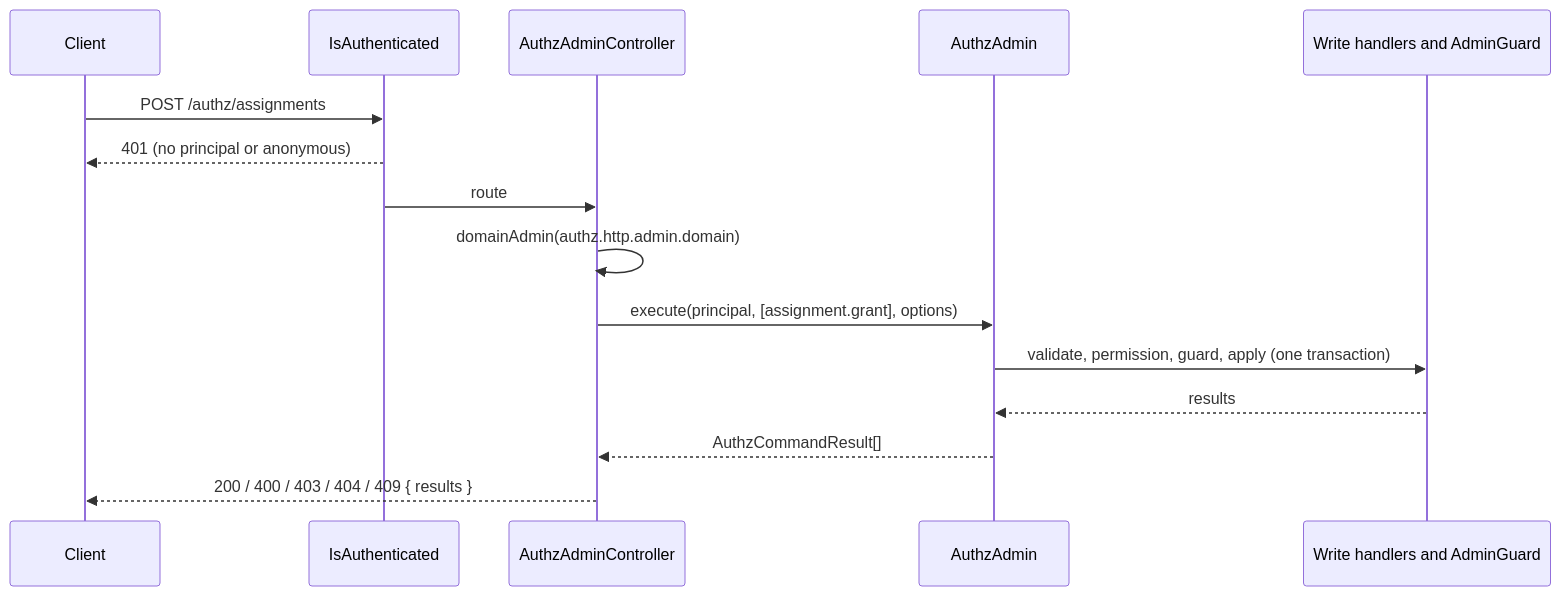
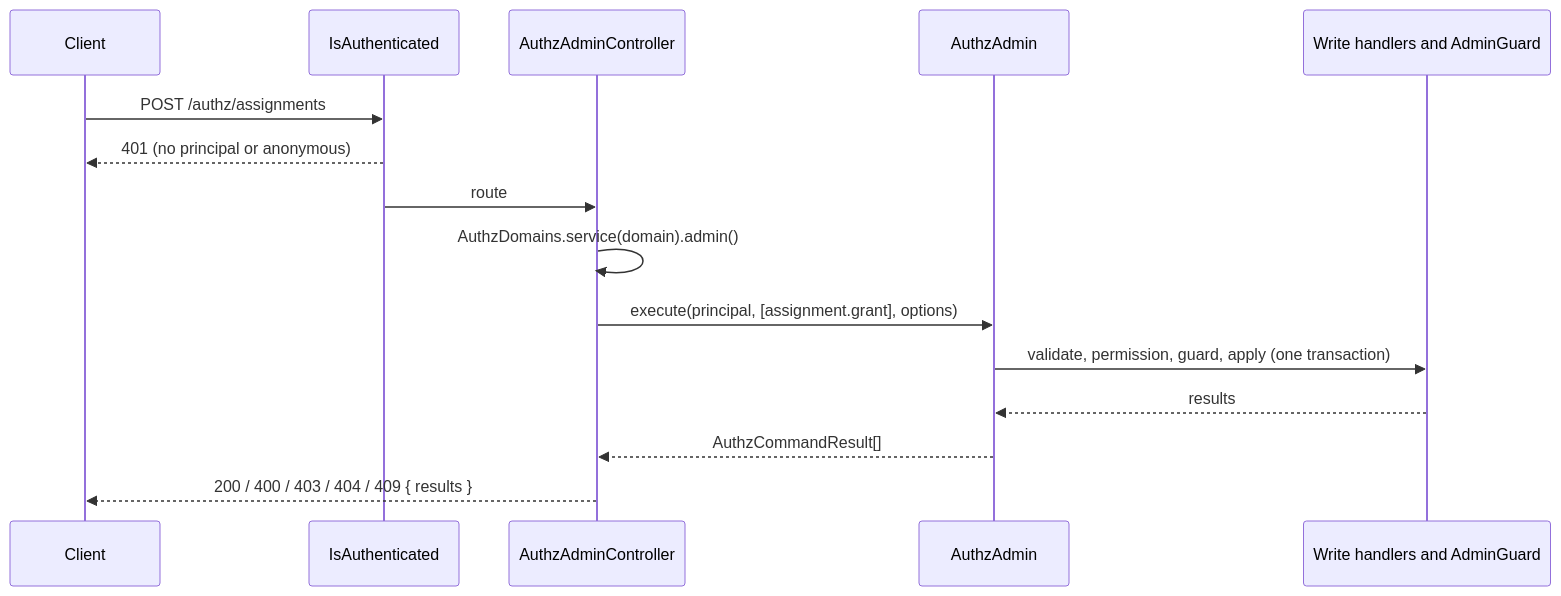
One commit to spinajs/main changed the diagram in docs/authz-http-admin/01-admin-routes.md. Above: the diagram before and after it, drawn with Mermaid. The commit also changed other lines of this file and 36 other files, not shown here.

````diff
--- a/docs/authz-http-admin/01-admin-routes.md
+++ b/docs/authz-http-admin/01-admin-routes.md
@@ -26,17 +26,17 @@
 ```mermaid
 sequenceDiagram
   participant C as Client
   participant P as IsAuthenticated
   participant R as AuthzAdminController
   participant A as AuthzAdmin
   participant H as Write handlers and AdminGuard
   C->>P: POST /authz/assignments
   P-->>C: 401 (no principal or anonymous)
   P->>R: route
-  R->>R: domainAdmin(authz.http.admin.domain)
+  R->>R: AuthzDomains.service(domain).admin()
   R->>A: execute(principal, [assignment.grant], options)
   A->>H: validate, permission, guard, apply (one transaction)
   H-->>A: results
   A-->>R: AuthzCommandResult[]
   R-->>C: 200 / 400 / 403 / 404 / 409 { results }
 ```
````
